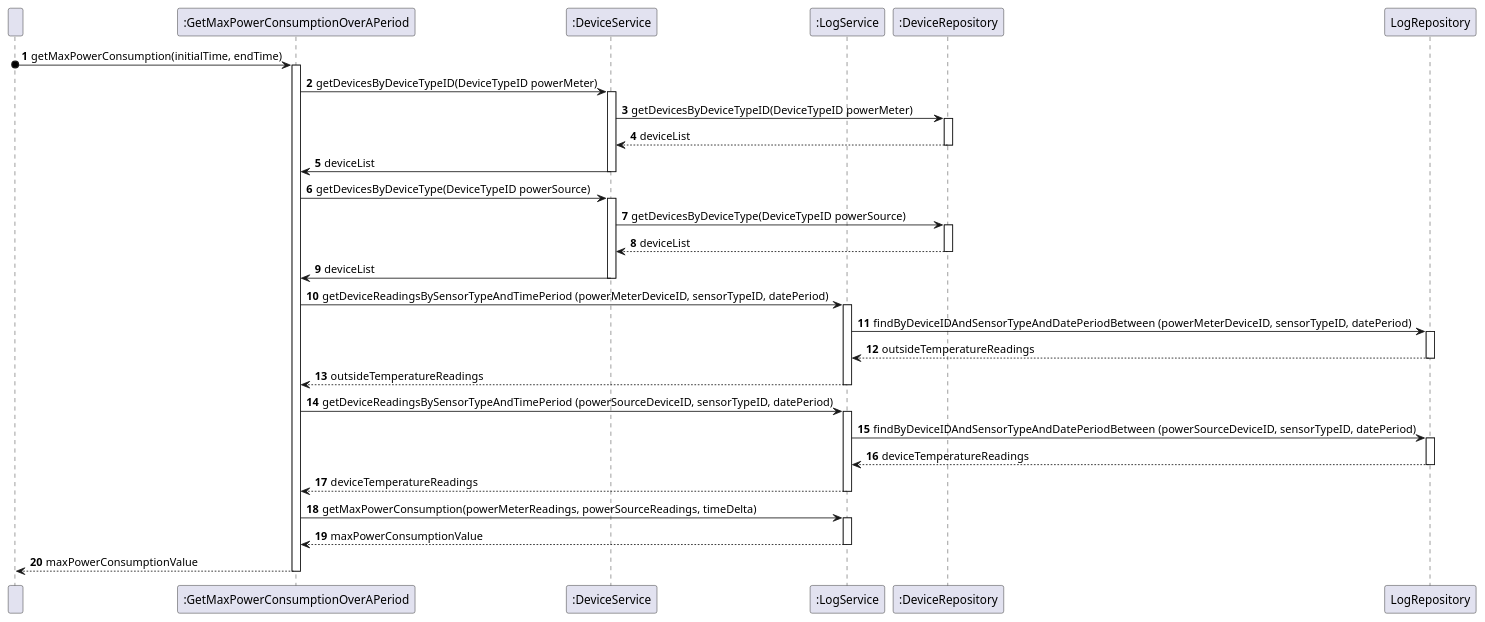
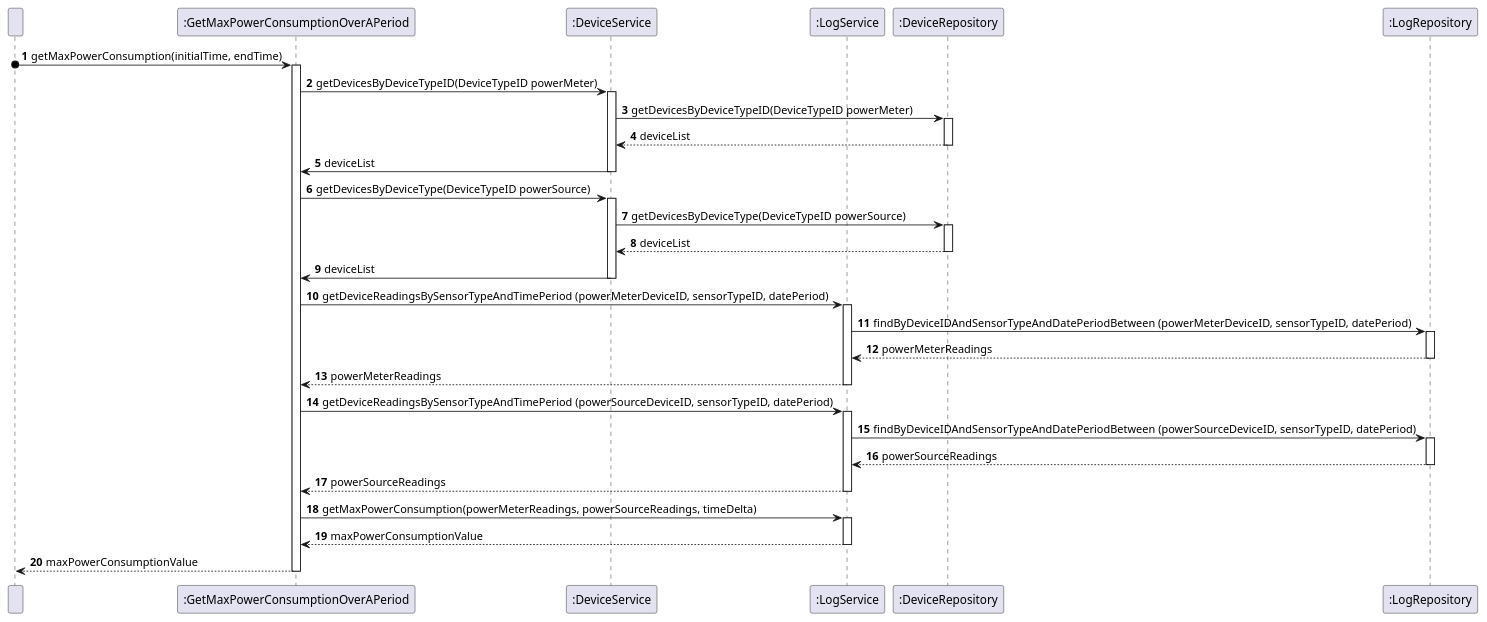
The diagram in docs/useCases/uc14_toGetMaxPowerConsumptionOverAPeriod/artifacts/uc14_SD.puml (olivDiogo/SmartHome), drawn with PlantUML before and after one commit.

Commit message:
#450 update uc14_SD.puml diagram

```diff
--- a/docs/useCases/uc14_toGetMaxPowerConsumptionOverAPeriod/artifacts/uc14_SD.puml
+++ b/docs/useCases/uc14_toGetMaxPowerConsumptionOverAPeriod/artifacts/uc14_SD.puml
@@ -1,101 +1,102 @@
 @startuml
 'https://plantuml.com/sequence-diagram
 
 participant " " as User
 participant Controller as ":GetMaxPowerConsumptionOverAPeriod"
 participant DeviceService as ":DeviceService"
 participant LogService as ":LogService"
 participant DeviceRepository as ":DeviceRepository"
+participant LogRepository as ":LogRepository"
 
 autonumber
 
 User o-> Controller: getMaxPowerConsumption(initialTime, endTime)
 
 activate Controller
 
 Controller -> DeviceService: getDevicesByDeviceTypeID(DeviceTypeID powerMeter)
 
 activate DeviceService
 
 DeviceService -> DeviceRepository: getDevicesByDeviceTypeID(DeviceTypeID powerMeter)
 
 activate DeviceRepository
 
 DeviceRepository --> DeviceService: deviceList
 
 deactivate DeviceRepository
 
 DeviceService -> Controller: deviceList
 
 deactivate DeviceService
 
 '--------------------------------------------'
 
 Controller -> DeviceService: getDevicesByDeviceType(DeviceTypeID powerSource)
 
 activate DeviceService
 
 DeviceService -> DeviceRepository: getDevicesByDeviceType(DeviceTypeID powerSource)
 
 activate DeviceRepository
 
 DeviceRepository --> DeviceService: deviceList
 
 deactivate DeviceRepository
 
 DeviceService -> Controller: deviceList
 
 deactivate DeviceService
 
 '--------------------------------------------'
 
 Controller -> LogService: getDeviceReadingsBySensorTypeAndTimePeriod (powerMeterDeviceID, sensorTypeID, datePeriod)
 
 activate LogService
 
 LogService -> LogRepository: findByDeviceIDAndSensorTypeAndDatePeriodBetween (powerMeterDeviceID, sensorTypeID, datePeriod)
 
 activate LogRepository
 
-LogRepository --> LogService: outsideTemperatureReadings
+LogRepository --> LogService: powerMeterReadings
 
 deactivate LogRepository
 
-LogService --> Controller: outsideTemperatureReadings
+LogService --> Controller: powerMeterReadings
 
 deactivate LogService
 
 Controller -> LogService: getDeviceReadingsBySensorTypeAndTimePeriod (powerSourceDeviceID, sensorTypeID, datePeriod)
 
 '--------------------------------------------'
 
 activate LogService
 
 LogService -> LogRepository: findByDeviceIDAndSensorTypeAndDatePeriodBetween (powerSourceDeviceID, sensorTypeID, datePeriod)
 
 activate LogRepository
 
-LogRepository --> LogService: deviceTemperatureReadings
+LogRepository --> LogService: powerSourceReadings
 
 deactivate LogRepository
 
-LogService --> Controller: deviceTemperatureReadings
+LogService --> Controller: powerSourceReadings
 
 deactivate LogService
 
 Controller -> LogService: getMaxPowerConsumption(powerMeterReadings, powerSourceReadings, timeDelta)
 
 '--------------------------------------------'
 
 activate LogService
 
 LogService --> Controller: maxPowerConsumptionValue
 
 deactivate LogService
 
 Controller --> User: maxPowerConsumptionValue
 
 
 deactivate Controller
 
 @enduml
```
